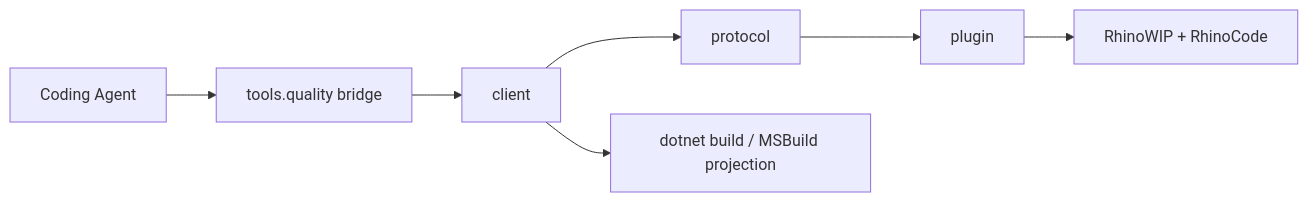
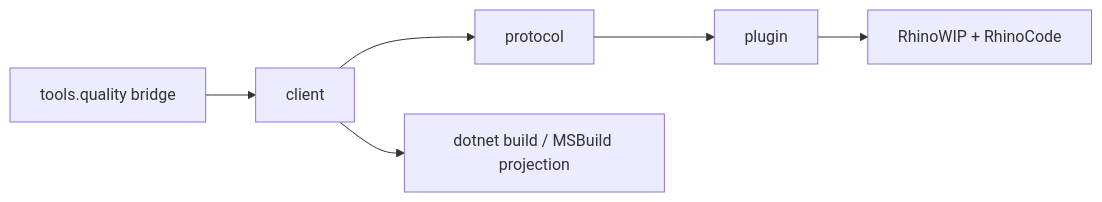
The diagram in tools/rhino-bridge/README.md (bsamiee/Rasm), drawn with Mermaid before and after one commit. The commit also changed other lines of this file and 67 other files, not shown here.

````diff
--- a/tools/rhino-bridge/README.md
+++ b/tools/rhino-bridge/README.md
@@ -30,9 +30,8 @@
 ```mermaid
 graph LR
-    Agent["Coding Agent"] --> Script["tools.quality bridge"]
-    Script --> Client["client"]
+    Operator["tools.quality bridge"] --> Client["client"]
     Client --> Protocol["protocol"]
     Protocol --> Plugin["plugin"]
     Plugin --> Rhino["RhinoWIP + RhinoCode"]
     Client --> DotNet["dotnet build / MSBuild projection"]
 ```
````
